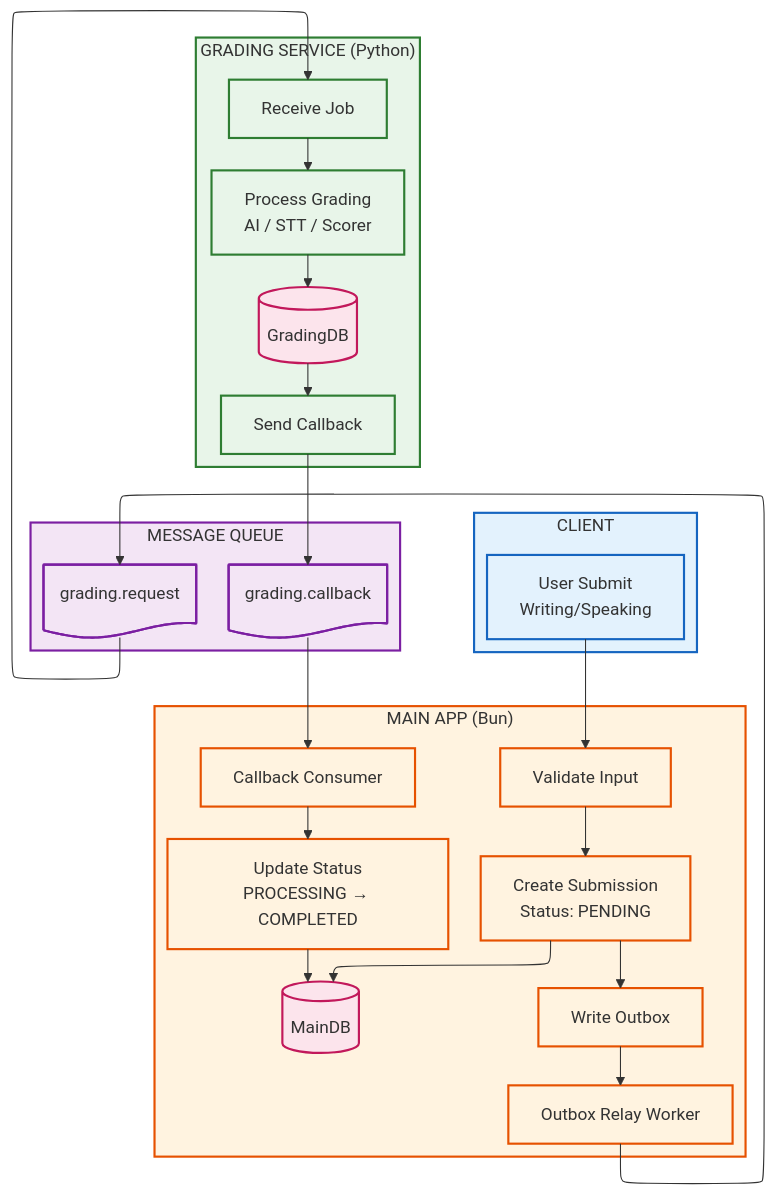
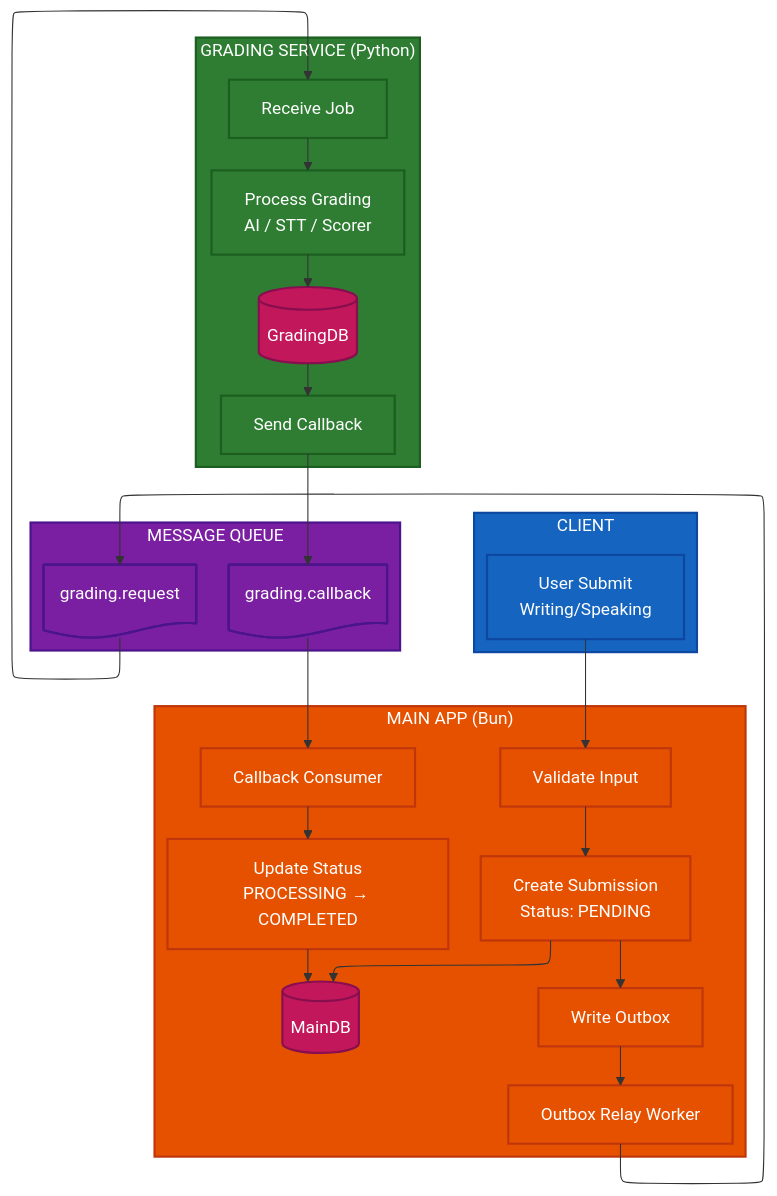
The second of 12 diagrams in docs/capstone/diagrams/flow-diagrams.vi.md (nghyane/VSTEP), drawn with Mermaid before and after one commit. The commit also changed other lines of this file, not shown here.

First line of the commit message:
fix(docs): update diagram colors for dark mode compatibility

````diff
--- a/docs/capstone/diagrams/flow-diagrams.vi.md
+++ b/docs/capstone/diagrams/flow-diagrams.vi.md
@@ -83,52 +83,52 @@
 ```mermaid
 ---
 config:
   layout: elk
 ---
 flowchart TB
     subgraph Client["CLIENT"]
         User["User Submit<br/>Writing/Speaking"]
     end
 
     subgraph Bun["MAIN APP (Bun)"]
         direction TB
         Validate["Validate Input"]
         CreateSub["Create Submission<br/>Status: PENDING"]
         SaveDB[("MainDB")]
         WriteOutbox["Write Outbox"]
         Relay["Outbox Relay Worker"]
         Consume["Callback Consumer"]
         UpdateStatus["Update Status<br/>PROCESSING → COMPLETED"]
     end
 
     subgraph Queue["MESSAGE QUEUE"]
         ReqQueue@{ shape: doc, label: "grading.request" }
         CbQueue@{ shape: doc, label: "grading.callback" }
     end
 
     subgraph Python["GRADING SERVICE (Python)"]
         direction TB
         Receive["Receive Job"]
         Process["Process Grading<br/>AI / STT / Scorer"]
         SaveGrade[("GradingDB")]
         SendCb["Send Callback"]
     end
 
     User --> Validate --> CreateSub --> SaveDB
     CreateSub --> WriteOutbox
     WriteOutbox --> Relay --> ReqQueue --> Receive
     Receive --> Process --> SaveGrade --> SendCb --> CbQueue --> Consume
     Consume --> UpdateStatus --> SaveDB
 
-    classDef client fill:#e3f2fd,stroke:#1565c0,stroke-width:2px
-    classDef bun fill:#fff3e0,stroke:#e65100,stroke-width:2px
-    classDef queue fill:#f3e5f5,stroke:#7b1fa2,stroke-width:2px
-    classDef python fill:#e8f5e9,stroke:#2e7d32,stroke-width:2px
-    classDef db fill:#fce4ec,stroke:#c2185b,stroke-width:2px
+    classDef client fill:#1565c0,stroke:#0d47a1,stroke-width:2px,color:#fff
+    classDef bun fill:#e65100,stroke:#bf360c,stroke-width:2px,color:#fff
+    classDef queue fill:#7b1fa2,stroke:#4a148c,stroke-width:2px,color:#fff
+    classDef python fill:#2e7d32,stroke:#1b5e20,stroke-width:2px,color:#fff
+    classDef db fill:#c2185b,stroke:#880e4f,stroke-width:2px,color:#fff
 
     class Client,User client
     class Bun,Validate,CreateSub,WriteOutbox,Relay,Consume,UpdateStatus bun
     class Queue,ReqQueue,CbQueue queue
     class Python,Receive,Process,SendCb python
     class SaveDB,SaveGrade db
 ```
````
